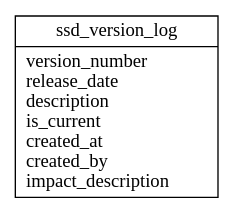
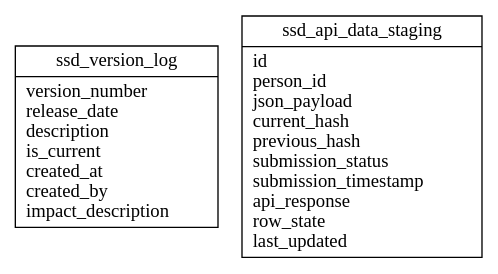
Before and after one commit to data-to-insight/ssd-data-model-next: the diagram in docs/dot/erd_ssd_admin.dot, drawn with Graphviz. The commit also changed 10 other files, not shown here.

Commit message:
ssd_api_data_staging added to admin

```diff
--- a/docs/dot/erd_ssd_admin.dot
+++ b/docs/dot/erd_ssd_admin.dot
@@ -1,4 +1,5 @@
 digraph G {
   node [shape=record];
   ssd_version_log [label="{ssd_version_log|version_number\lrelease_date\ldescription\lis_current\lcreated_at\lcreated_by\limpact_description\l}"];
+  ssd_api_data_staging [label="{ssd_api_data_staging|id\lperson_id\ljson_payload\lcurrent_hash\lprevious_hash\lsubmission_status\lsubmission_timestamp\lapi_response\lrow_state\llast_updated\l}"];
 }
```
